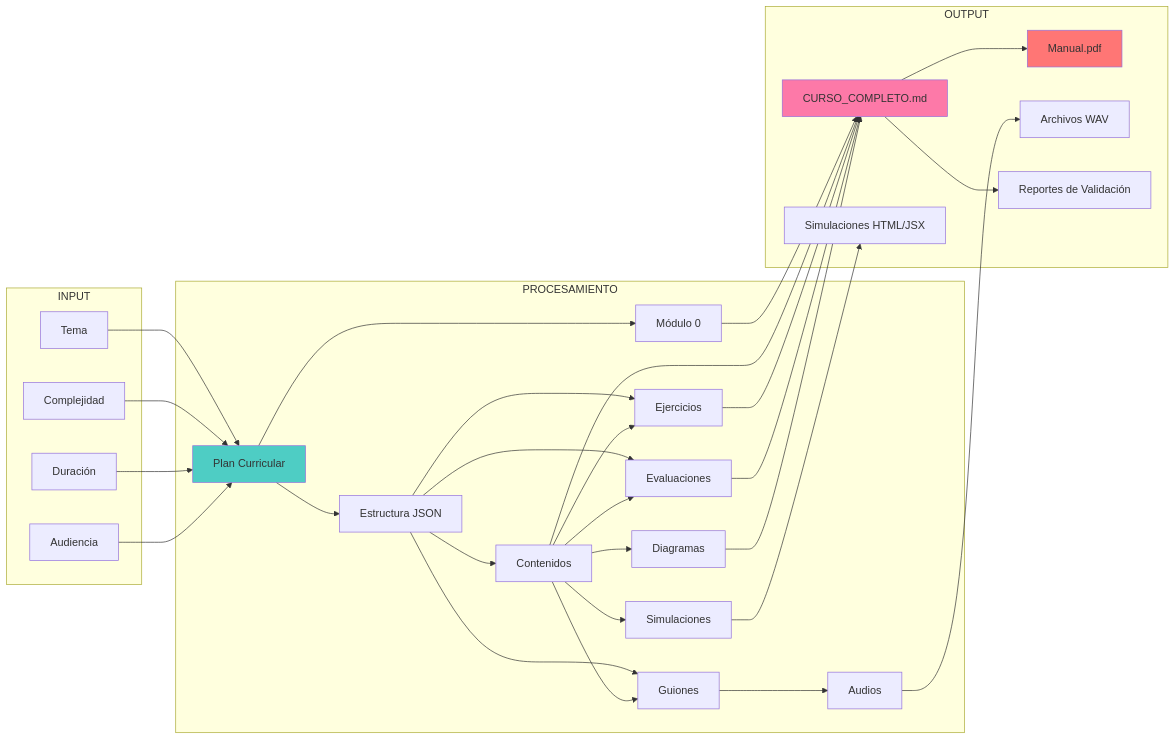
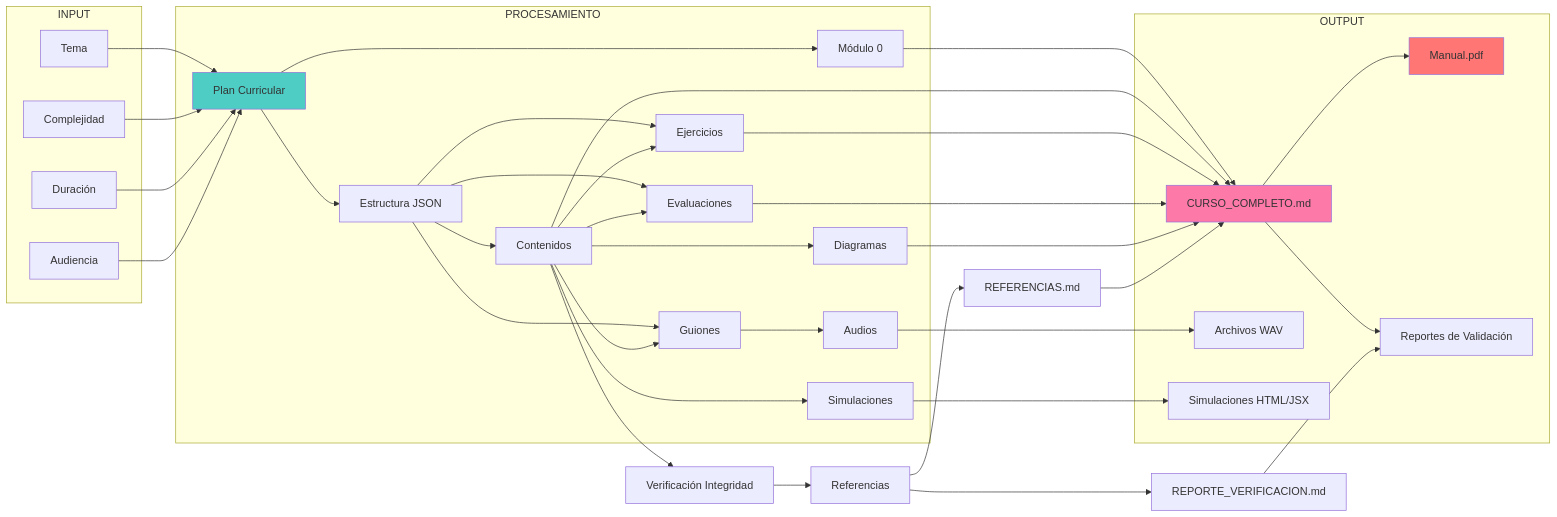
Before and after one commit to developer-laoz396/teach-laoz-courses-generator: the third of 11 diagrams in docs/ARQUITECTURA.md, drawn with Mermaid. The commit also changed other lines of this file and 33 other files, not shown here.

````diff
--- a/docs/ARQUITECTURA.md
+++ b/docs/ARQUITECTURA.md
@@ -127,65 +136,72 @@
 ```mermaid
 graph LR
     subgraph "INPUT"
         I1[Tema]
         I2[Complejidad]
         I3[Duración]
         I4[Audiencia]
     end
 
     subgraph "PROCESAMIENTO"
         P1[Plan Curricular]
         P2[Estructura JSON]
         P3[Módulo 0]
         P4[Contenidos]
         P5[Ejercicios]
         P6[Guiones]
         P7[Audios]
         P8[Evaluaciones]
         P9[Simulaciones]
         P10[Diagramas]
     end
 
     subgraph "OUTPUT"
         O1[CURSO_COMPLETO.md]
         O2[Manual.pdf]
         O3[Archivos WAV]
         O4[Simulaciones HTML/JSX]
         O5[Reportes de Validación]
     end
 
     I1 --> P1
     I2 --> P1
     I3 --> P1
     I4 --> P1
 
     P1 --> P2
     P1 --> P3
     P2 --> P4
     P2 --> P5
     P2 --> P6
     P2 --> P8
 
     P4 --> P5
     P4 --> P6
     P4 --> P8
     P4 --> P9
     P4 --> P10
 
     P6 --> P7
 
+    P4 --> P11[Verificación Integridad]
+    P11 --> P12[Referencias]
+
     P3 --> O1
     P4 --> O1
     P5 --> O1
     P7 --> O3
     P8 --> O1
     P9 --> O4
     P10 --> O1
+    P12 --> O6[REFERENCIAS.md]
+    P12 --> O7[REPORTE_VERIFICACION.md]
 
     O1 --> O2
     O1 --> O5
+    O6 --> O1
+    O7 --> O5
 
     style P1 fill:#4ecdc4
     style O1 fill:#fd79a8
     style O2 fill:#ff7675
 ```
````
